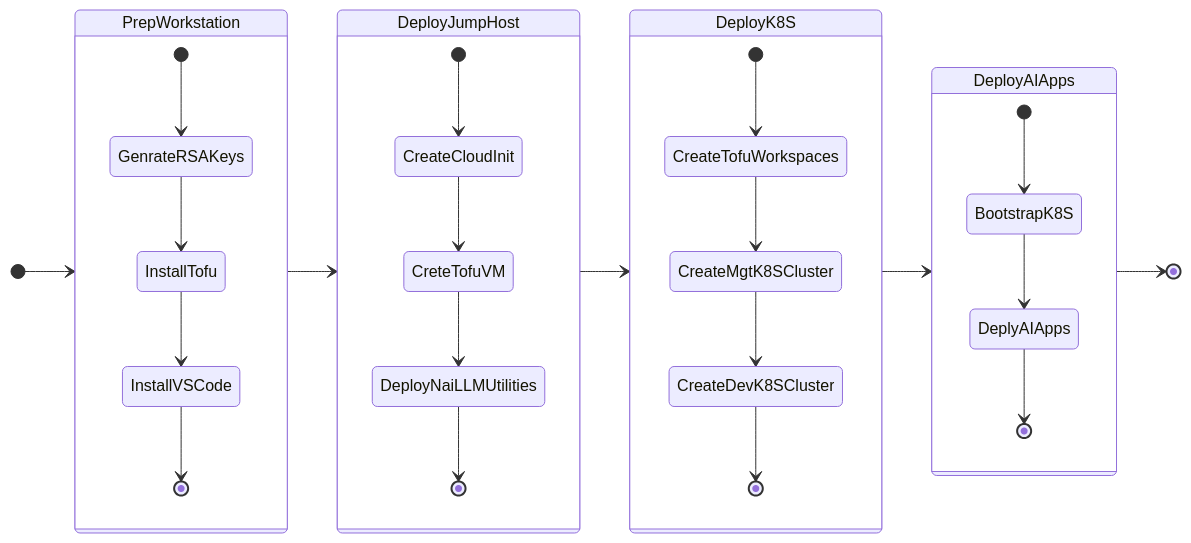
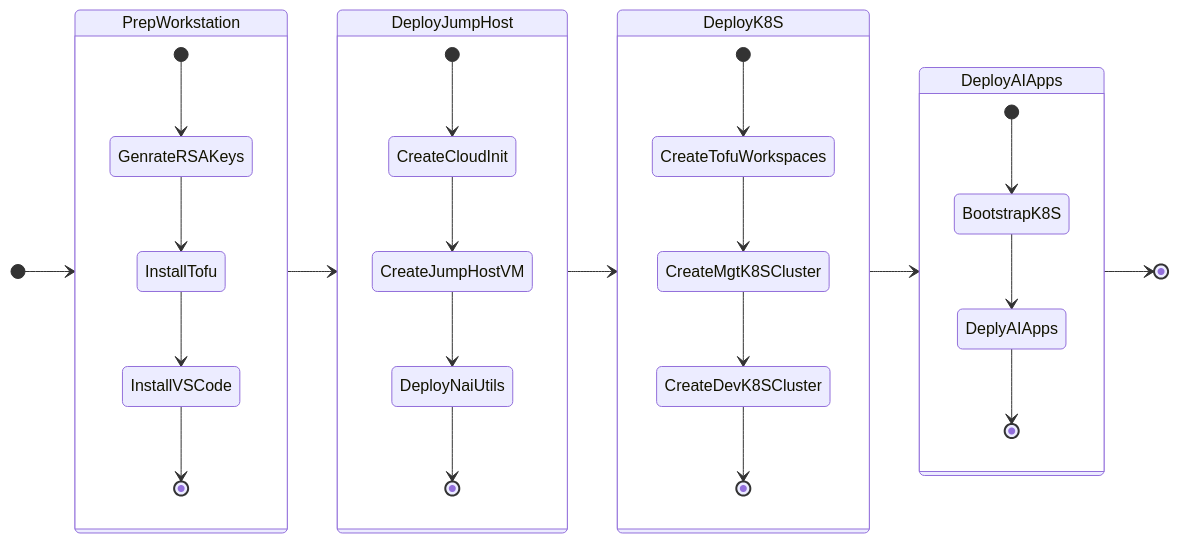
One commit to nutanix-japan/nai-llm changed the diagram in docs/infra/index.md. Above: the diagram before and after it, drawn with Mermaid. The commit also changed 3 other files, not shown here.

````diff
--- a/docs/infra/index.md
+++ b/docs/infra/index.md
@@ -11,34 +11,34 @@
 ```mermaid
 stateDiagram-v2
     direction LR
     
     state PrepWorkstation {
         [*] --> GenrateRSAKeys
         GenrateRSAKeys --> InstallTofu
         InstallTofu --> InstallVSCode
         InstallVSCode --> [*]
     }
     state DeployJumpHost {
         [*] --> CreateCloudInit
-        CreateCloudInit --> CreteTofuVM
-        CreteTofuVM --> DeployNaiLLMUtilities
-        DeployNaiLLMUtilities --> [*]
+        CreateCloudInit --> CreateJumpHostVM
+        CreateJumpHostVM --> DeployNaiUtils
+        DeployNaiUtils --> [*]
     }
     state DeployK8S {
         [*] --> CreateTofuWorkspaces
         CreateTofuWorkspaces --> CreateMgtK8SCluster
         CreateMgtK8SCluster --> CreateDevK8SCluster
         CreateDevK8SCluster --> [*]
     }
     state DeployAIApps {
         [*] --> BootstrapK8S
         BootstrapK8S --> DeplyAIApps
         DeplyAIApps --> [*]
     }
 
     [*] --> PrepWorkstation
     PrepWorkstation --> DeployJumpHost
     DeployJumpHost --> DeployK8S
     DeployK8S --> DeployAIApps
     DeployAIApps --> [*]
 ```
````
